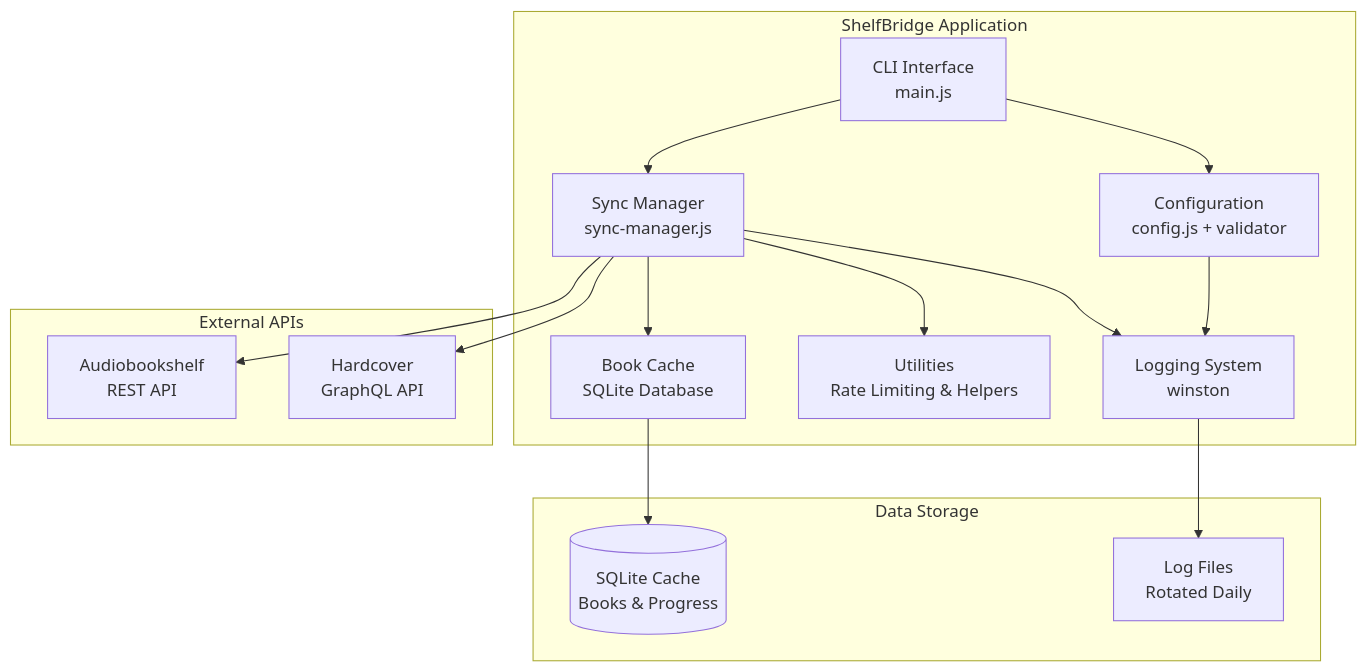
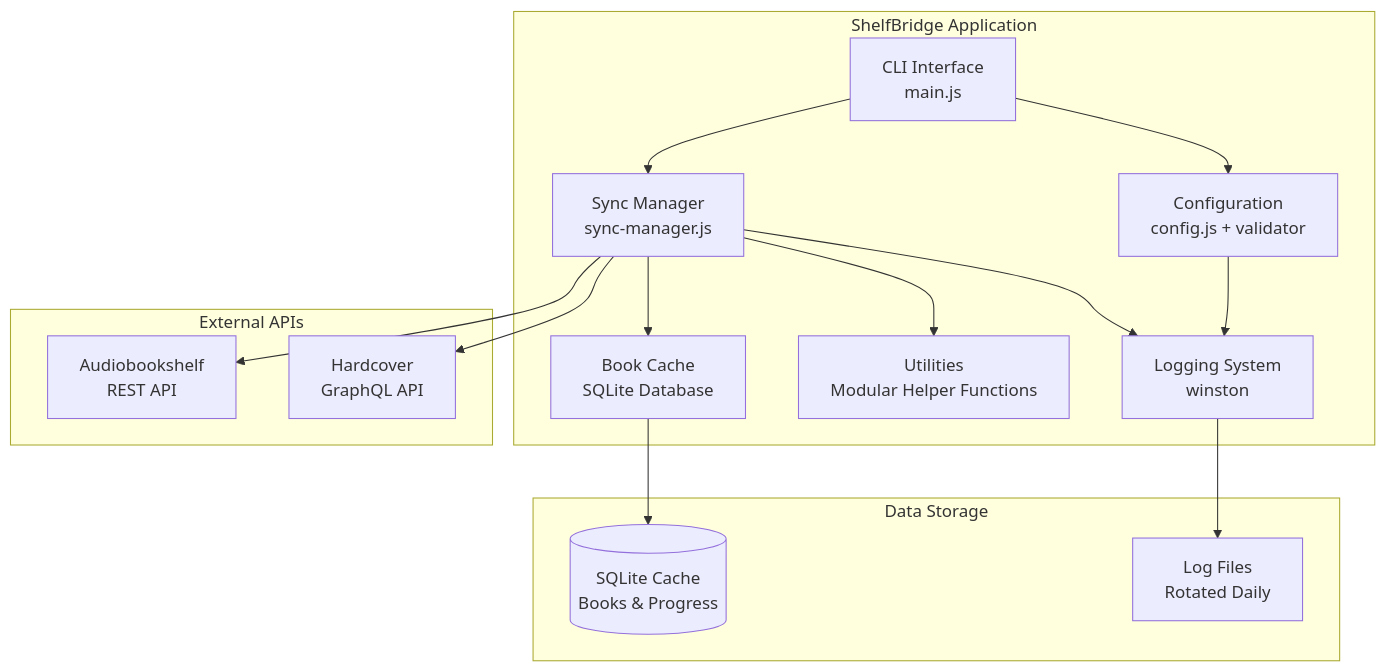
One commit to rohit-purandare/ShelfBridge changed the first of 2 diagrams in wiki/technical/Architecture-Overview.md. Above: the diagram before and after it, drawn with Mermaid. The commit also changed other lines of this file and 14 other files, not shown here.

````diff
--- a/wiki/technical/Architecture-Overview.md
+++ b/wiki/technical/Architecture-Overview.md
@@ -7,32 +7,32 @@
 ```mermaid
 graph TB
     subgraph "ShelfBridge Application"
         CLI[CLI Interface<br/>main.js]
         CONFIG[Configuration<br/>config.js + validator]
         SYNC[Sync Manager<br/>sync-manager.js]
         CACHE[Book Cache<br/>SQLite Database]
-        UTILS[Utilities<br/>Rate Limiting & Helpers]
+        UTILS[Utilities<br/>Modular Helper Functions]
         LOG[Logging System<br/>winston]
     end
 
     subgraph "External APIs"
         ABS[Audiobookshelf<br/>REST API]
         HC[Hardcover<br/>GraphQL API]
     end
 
     subgraph "Data Storage"
         DB[(SQLite Cache<br/>Books & Progress)]
         LOGS[Log Files<br/>Rotated Daily]
     end
 
     CLI --> CONFIG
     CLI --> SYNC
     SYNC --> ABS
     SYNC --> HC
     SYNC --> CACHE
     CACHE --> DB
     SYNC --> UTILS
     SYNC --> LOG
     LOG --> LOGS
     CONFIG --> LOG
 ```
````
